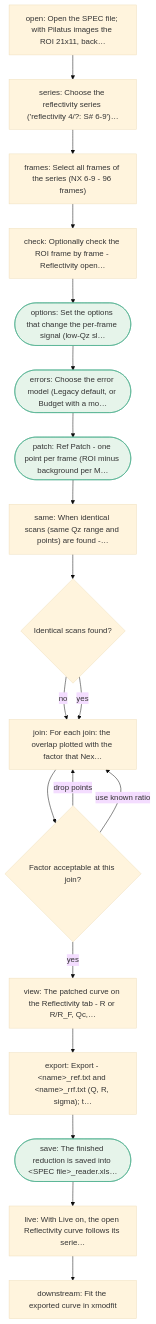
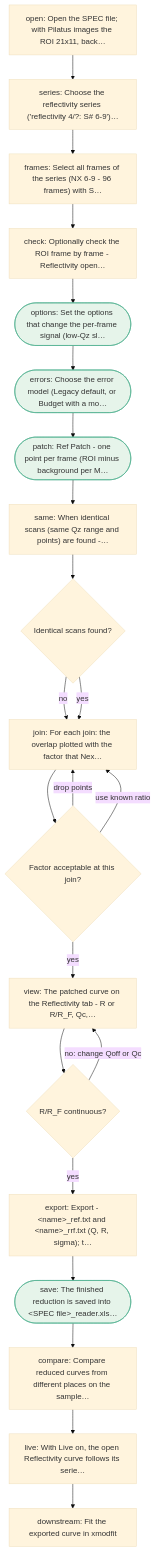
Before and after one commit to Dave-J-W/LSS_Reader2: the fifth of 14 diagrams in docs/gui/workflows.md, drawn with Mermaid (base theme). The commit also changed other lines of this file and 9 other files, not shown here.

````diff
--- a/docs/gui/workflows.md
+++ b/docs/gui/workflows.md
@@ -180,39 +253,44 @@
 ```mermaid
 flowchart TD
     ref_open["open: Open the SPEC file; with Pilatus images the ROI 21x11, back…"]
     ref_series["series: Choose the reflectivity series ('reflectivity 4/?: S# 6-9')…"]
-    ref_frames["frames: Select all frames of the series (NX 6-9 - 96 frames)"]
+    ref_frames["frames: Select all frames of the series (NX 6-9 - 96 frames) with S…"]
     ref_check["check: Optionally check the ROI frame by frame - Reflectivity open…"]
     ref_options(["options: Set the options that change the per-frame signal (low-Qz sl…"])
     ref_errors(["errors: Choose the error model (Legacy default, or Budget with a mo…"])
     ref_patch(["patch: Ref Patch - one point per frame (ROI minus background per M…"])
     ref_same["same: When identical scans (same Qz range and points) are found -…"]
     ref_same_d{"Identical scans found?"}
     ref_join["join: For each join: the overlap plotted with the factor that Nex…"]
     ref_join_d{"Factor acceptable at this join?"}
     ref_view["view: The patched curve on the Reflectivity tab - R or R/R_F, Qc,…"]
+    ref_view_d{"R/R_F continuous?"}
     ref_export["export: Export - &lt;name&gt;_ref.txt and &lt;name&gt;_rrf.txt (Q, R, sigma); t…"]
     ref_save(["save: The finished reduction is saved into &lt;SPEC file&gt;_reader.xls…"])
+    ref_compare["compare: Compare reduced curves from different places on the sample…"]
     ref_live["live: With Live on, the open Reflectivity curve follows its serie…"]
     ref_downstream["downstream: Fit the exported curve in xmodfit"]
     ref_open --> ref_series
     ref_series --> ref_frames
     ref_frames --> ref_check
     ref_check --> ref_options
     ref_options --> ref_errors
     ref_errors --> ref_patch
     ref_patch --> ref_same
     ref_same --> ref_same_d
     ref_same_d -- "no" --> ref_join
     ref_same_d -- "yes" --> ref_join
     ref_join --> ref_join_d
     ref_join_d -- "drop points" --> ref_join
     ref_join_d -- "use known ratio" --> ref_join
     ref_join_d -- "yes" --> ref_view
-    ref_view --> ref_export
+    ref_view --> ref_view_d
+    ref_view_d -- "no: change Qoff or Qc" --> ref_view
+    ref_view_d -- "yes" --> ref_export
     ref_export --> ref_save
-    ref_save --> ref_live
+    ref_save --> ref_compare
+    ref_compare --> ref_live
     ref_live --> ref_downstream
     classDef auto fill:#e6f4ea,stroke:#4a8;
     class ref_options,ref_errors,ref_patch,ref_save auto;
 ```
````
